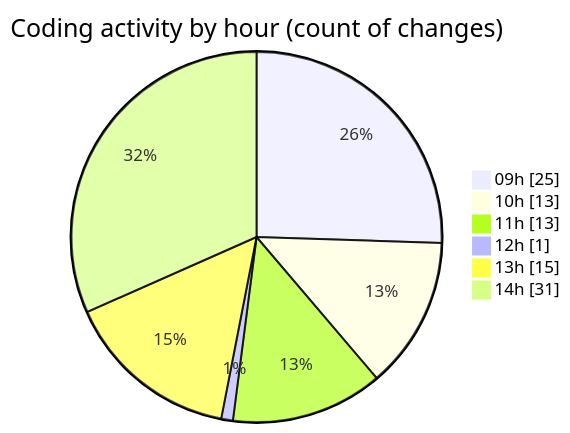
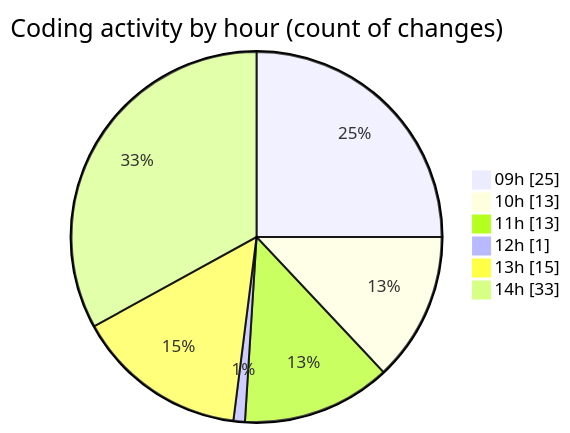
Before and after one commit to momahboobian/code-tracking: the second of 2 diagrams in 2025-05-07/cda/README.md, drawn with Mermaid. The commit also changed other lines of this file and 1 other file, not shown here.

````diff
--- a/2025-05-07/cda/README.md
+++ b/2025-05-07/cda/README.md
@@ -88,10 +89,10 @@
 ```mermaid
 pie showData
 title Coding activity by hour (count of changes)
 "09h" : 25
 "10h" : 13
 "11h" : 13
 "12h" : 1
 "13h" : 15
-"14h" : 31
+"14h" : 33
 ```
````
